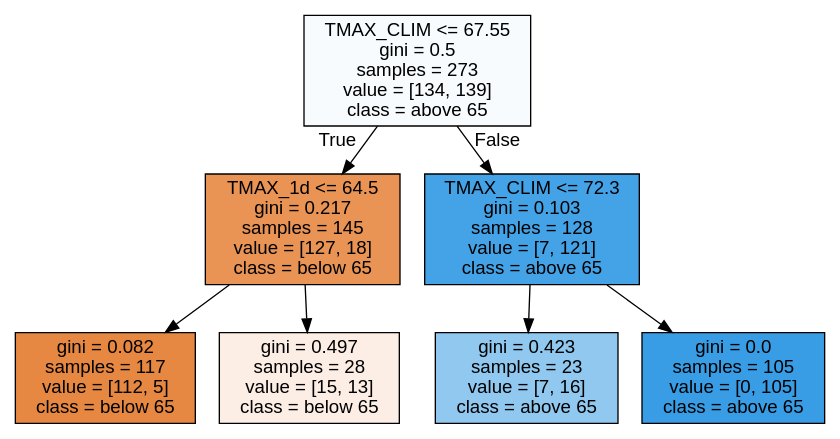
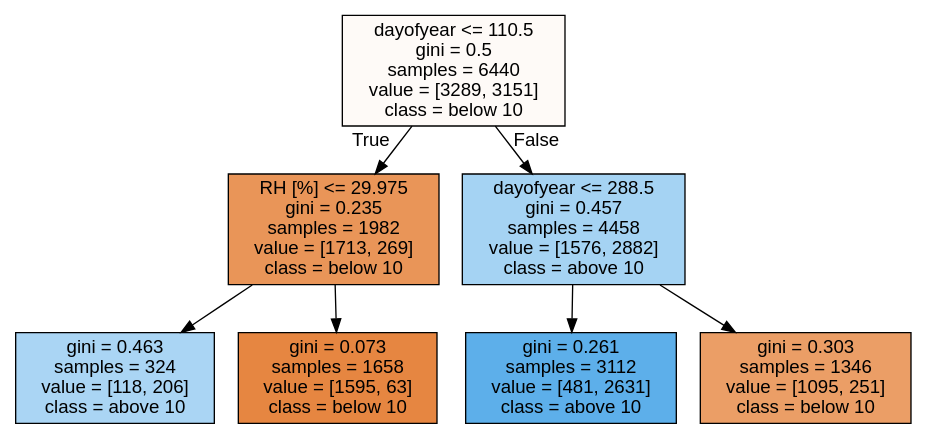
Before and after one commit to eabarnes1010/course_ml_ats: the diagram in code/figures/tree_classifier_christman.dot, drawn with Graphviz. The commit also changed 3 other files, not shown here.

```diff
--- a/code/figures/tree_classifier_christman.dot
+++ b/code/figures/tree_classifier_christman.dot
@@ -1,17 +1,17 @@
 digraph Tree {
 node [shape=box, style="filled", color="black", fontname="helvetica"] ;
 edge [fontname="helvetica"] ;
-0 [label="TMAX_CLIM <= 67.55\ngini = 0.5\nsamples = 273\nvalue = [134, 139]\nclass = above 65", fillcolor="#f8fbfe"] ;
-1 [label="TMAX_1d <= 64.5\ngini = 0.217\nsamples = 145\nvalue = [127, 18]\nclass = below 65", fillcolor="#e99355"] ;
+0 [label="dayofyear <= 110.5\ngini = 0.5\nsamples = 6440\nvalue = [3289, 3151]\nclass = below 10", fillcolor="#fefaf7"] ;
+1 [label="RH [%] <= 29.975\ngini = 0.235\nsamples = 1982\nvalue = [1713, 269]\nclass = below 10", fillcolor="#e99558"] ;
 0 -> 1 [labeldistance=2.5, labelangle=45, headlabel="True"] ;
-2 [label="gini = 0.082\nsamples = 117\nvalue = [112, 5]\nclass = below 65", fillcolor="#e68742"] ;
+2 [label="gini = 0.463\nsamples = 324\nvalue = [118, 206]\nclass = above 10", fillcolor="#aad5f4"] ;
 1 -> 2 ;
-3 [label="gini = 0.497\nsamples = 28\nvalue = [15, 13]\nclass = below 65", fillcolor="#fceee5"] ;
+3 [label="gini = 0.073\nsamples = 1658\nvalue = [1595, 63]\nclass = below 10", fillcolor="#e68641"] ;
 1 -> 3 ;
-4 [label="TMAX_CLIM <= 72.3\ngini = 0.103\nsamples = 128\nvalue = [7, 121]\nclass = above 65", fillcolor="#44a3e7"] ;
+4 [label="dayofyear <= 288.5\ngini = 0.457\nsamples = 4458\nvalue = [1576, 2882]\nclass = above 10", fillcolor="#a5d3f3"] ;
 0 -> 4 [labeldistance=2.5, labelangle=-45, headlabel="False"] ;
-5 [label="gini = 0.423\nsamples = 23\nvalue = [7, 16]\nclass = above 65", fillcolor="#90c8f0"] ;
+5 [label="gini = 0.261\nsamples = 3112\nvalue = [481, 2631]\nclass = above 10", fillcolor="#5dafea"] ;
 4 -> 5 ;
-6 [label="gini = 0.0\nsamples = 105\nvalue = [0, 105]\nclass = above 65", fillcolor="#399de5"] ;
+6 [label="gini = 0.303\nsamples = 1346\nvalue = [1095, 251]\nclass = below 10", fillcolor="#eb9e66"] ;
 4 -> 6 ;
 }
```
